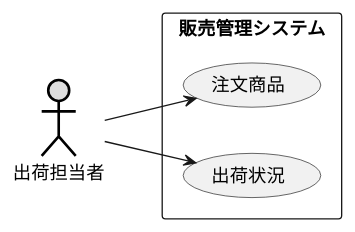
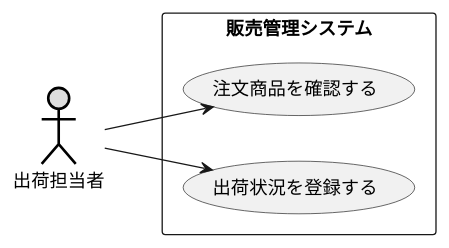
The diagram in 演習2-5_盛岡商事_販売管理システム.pu (youryota/uml-introduction), drawn with PlantUML before and after one commit.

Commit message:
演習2-5_盛岡商事_販売管理システム（再提出）

```diff
--- a/演習2-5_盛岡商事_販売管理システム.pu
+++ b/演習2-5_盛岡商事_販売管理システム.pu
@@ -1,10 +1,10 @@
 @startuml 販売管理システム
 left to right direction
 actor 出荷担当者 #DDDDDD;line:black;line.bold;
 rectangle 販売管理システム {
-usecase 注文商品
-usecase 出荷状況
+usecase 注文商品を確認する
+usecase 出荷状況を登録する
 }
-出荷担当者 --> 注文商品
-出荷担当者 --> 出荷状況
+出荷担当者 --> 注文商品を確認する
+出荷担当者 --> 出荷状況を登録する
 @enduml
```
